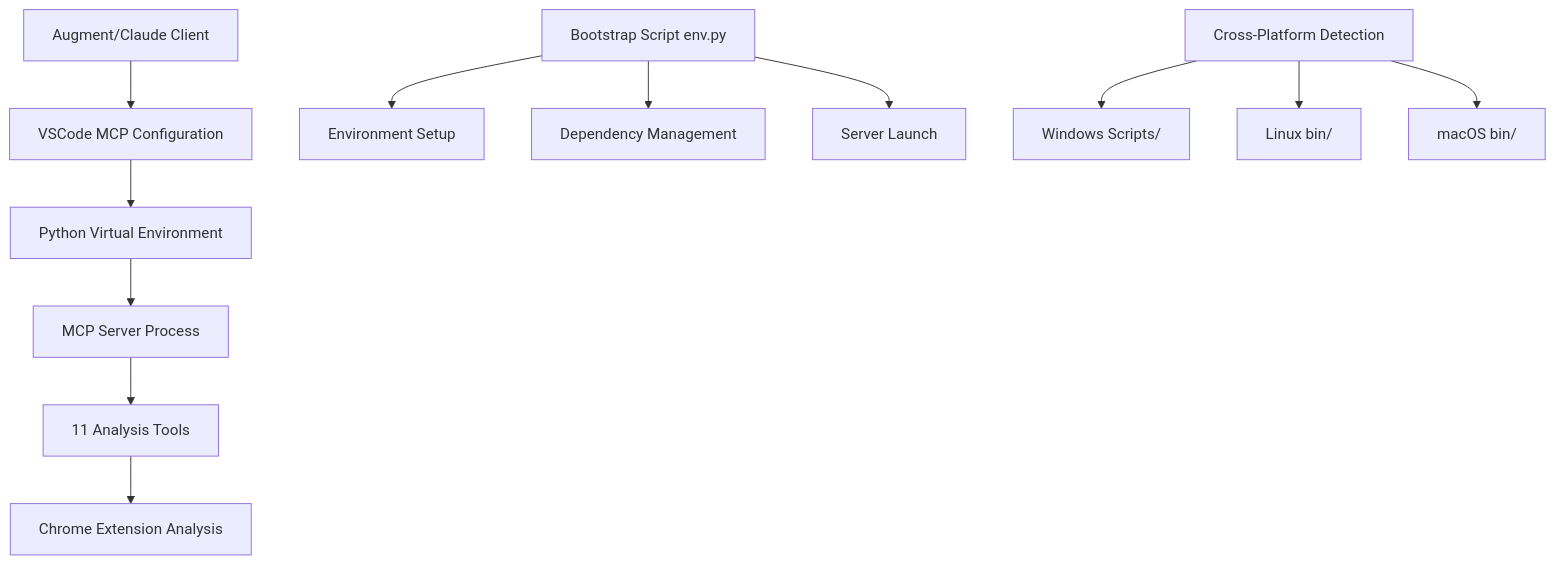
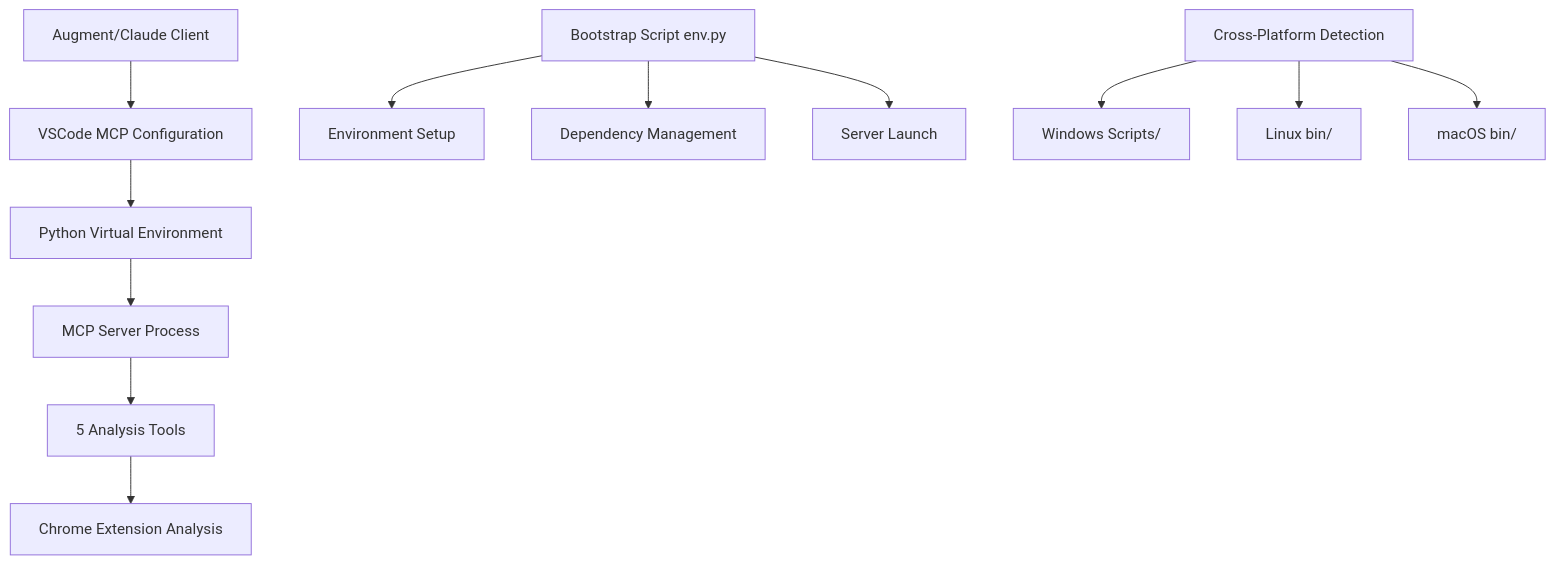
One commit to JosephMatino/MultiAiFilePaster changed the first of 3 diagrams in docs/internal/ENV_MCP.md. Above: the diagram before and after it, drawn with Mermaid. The commit also changed other lines of this file and 38 other files, not shown here.

````diff
--- a/docs/internal/ENV_MCP.md
+++ b/docs/internal/ENV_MCP.md
@@ -58,16 +58,16 @@
 ```mermaid
 graph TB
     A[Augment/Claude Client] --> B[VSCode MCP Configuration]
     B --> C[Python Virtual Environment]
     C --> D[MCP Server Process]
-    D --> E[11 Analysis Tools]
+    D --> E[5 Analysis Tools]
     E --> F[Chrome Extension Analysis]
 
     G[Bootstrap Script env.py] --> H[Environment Setup]
     G --> I[Dependency Management]
     G --> J[Server Launch]
 
     K[Cross-Platform Detection] --> L[Windows Scripts/]
     K --> M[Linux bin/]
     K --> N[macOS bin/]
 ```
````
